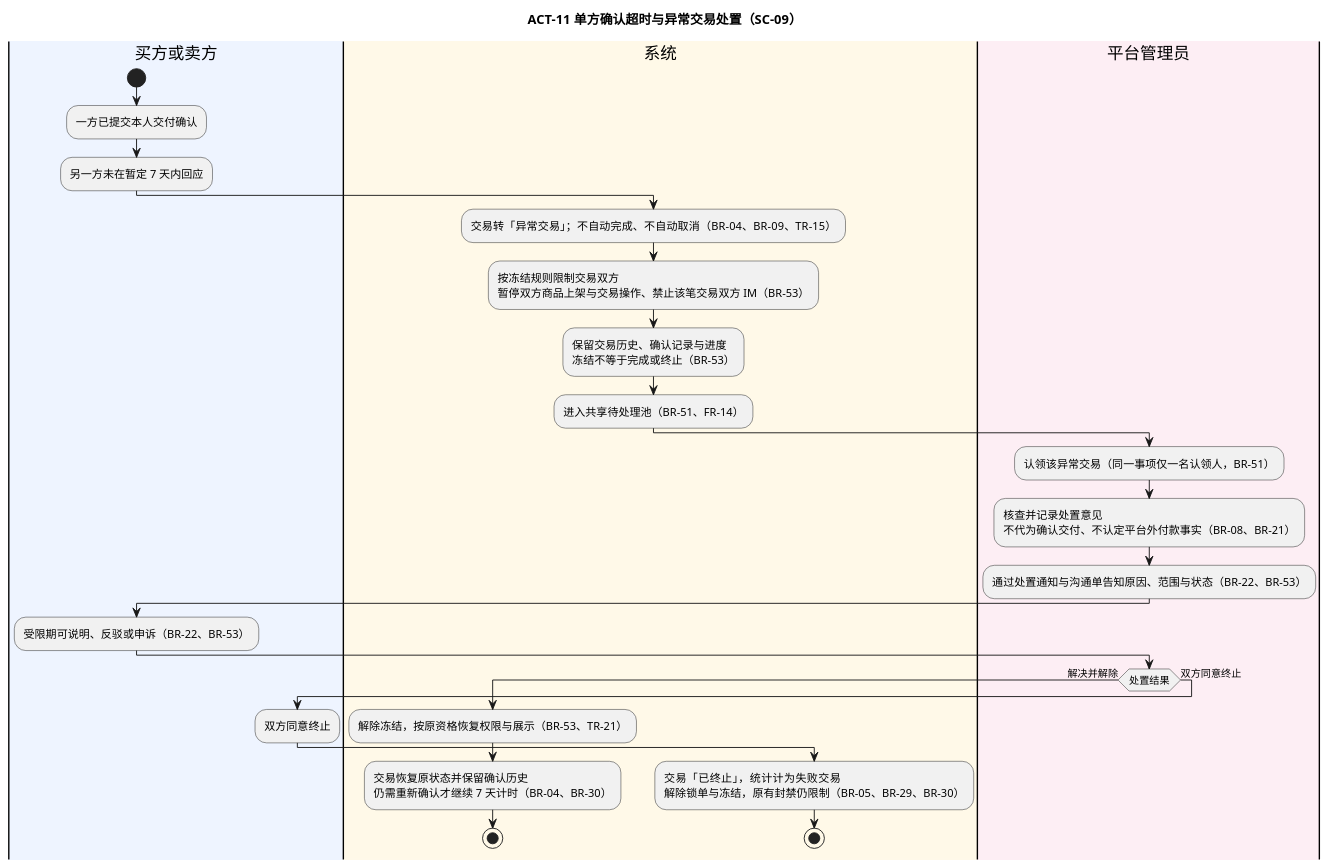
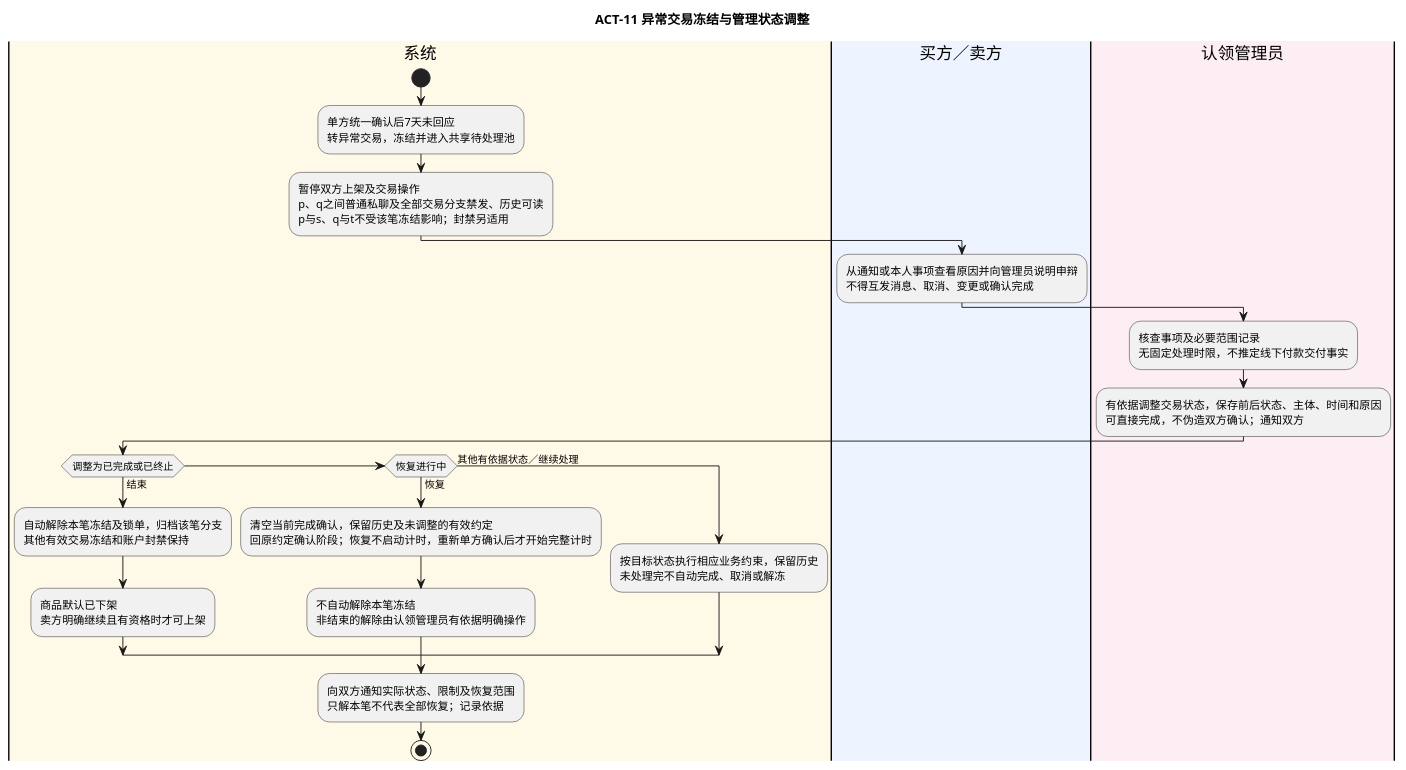
One commit to iy88/se-course-project-1 changed the diagram in docs/appendices/models/ACT-11-异常交易处置.puml. Above: the diagram before and after it, drawn with PlantUML. The commit also changed other lines of this file and 49 other files, not shown here.

First line of the commit message:
docs(models): 对齐业务活动图

```diff
--- a/docs/appendices/models/ACT-11-异常交易处置.puml
+++ b/docs/appendices/models/ACT-11-异常交易处置.puml
@@ -12,38 +12,26 @@
 @startuml ACT-11
 
-title ACT-11 单方确认超时与异常交易处置（SC-09）
-
-|#EEF4FF|买方或卖方|
+skinparam defaultFontName "PingFang SC"
+title ACT-11 异常交易冻结与管理状态调整
+|#FFF9E8|系统|
 start
-:一方已提交本人交付确认;
-:另一方未在暂定 7 天内回应;
-
+:单方统一确认后7天未回应\n转异常交易，冻结并进入共享待处理池;
+:暂停双方上架及交易操作\np、q之间普通私聊及全部交易分支禁发、历史可读\np与s、q与t不受该笔冻结影响；封禁另适用;
+|#EEF4FF|买方／卖方|
+:从通知或本人事项查看原因并向管理员说明申辩\n不得互发消息、取消、变更或确认完成;
+|#FDEEF4|认领管理员|
+:核查事项及必要范围记录\n无固定处理时限，不推定线下付款交付事实;
+:有依据调整交易状态，保存前后状态、主体、时间和原因\n可直接完成，不伪造双方确认；通知双方;
 |#FFF9E8|系统|
-:交易转「异常交易」；不自动完成、不自动取消（BR-04、BR-09、TR-15）;
-:按冻结规则限制交易双方\n暂停双方商品上架与交易操作、禁止该笔交易双方 IM（BR-53）;
-:保留交易历史、确认记录与进度\n冻结不等于完成或终止（BR-53）;
-:进入共享待处理池（BR-51、FR-14）;
-
-|#FDEEF4|平台管理员|
-:认领该异常交易（同一事项仅一名认领人，BR-51）;
-:核查并记录处置意见\n不代为确认交付、不认定平台外付款事实（BR-08、BR-21）;
-:通过处置通知与沟通单告知原因、范围与状态（BR-22、BR-53）;
-
-|#EEF4FF|买方或卖方|
-:受限期可说明、反驳或申诉（BR-22、BR-53）;
-
-|#FDEEF4|平台管理员|
-if (处置结果) then (解决并解除)
-  |#FFF9E8|系统|
-  :解除冻结，按原资格恢复权限与展示（BR-53、TR-21）;
-  :交易恢复原状态并保留确认历史\n仍需重新确认才继续 7 天计时（BR-04、BR-30）;
-  stop
-else (双方同意终止)
-  |#EEF4FF|买方或卖方|
-  :双方同意终止;
-  |#FFF9E8|系统|
-  :交易「已终止」，统计计为失败交易\n解除锁单与冻结，原有封禁仍限制（BR-05、BR-29、BR-30）;
-  stop
+if (调整为已完成或已终止) then (结束)
+ :自动解除本笔冻结及锁单，归档该笔分支\n其他有效交易冻结和账户封禁保持;
+ :商品默认已下架\n卖方明确继续且有资格时才可上架;
+elseif (恢复进行中) then (恢复)
+ :清空当前完成确认，保留历史及未调整的有效约定\n回原约定确认阶段；恢复不启动计时，重新单方确认后才开始完整计时;
+ :不自动解除本笔冻结\n非结束的解除由认领管理员有依据明确操作;
+else (其他有依据状态／继续处理)
+ :按目标状态执行相应业务约束，保留历史\n未处理完不自动完成、取消或解冻;
 endif
-
+:向双方通知实际状态、限制及恢复范围\n只解本笔不代表全部恢复；记录依据;
+stop
 @enduml
```
